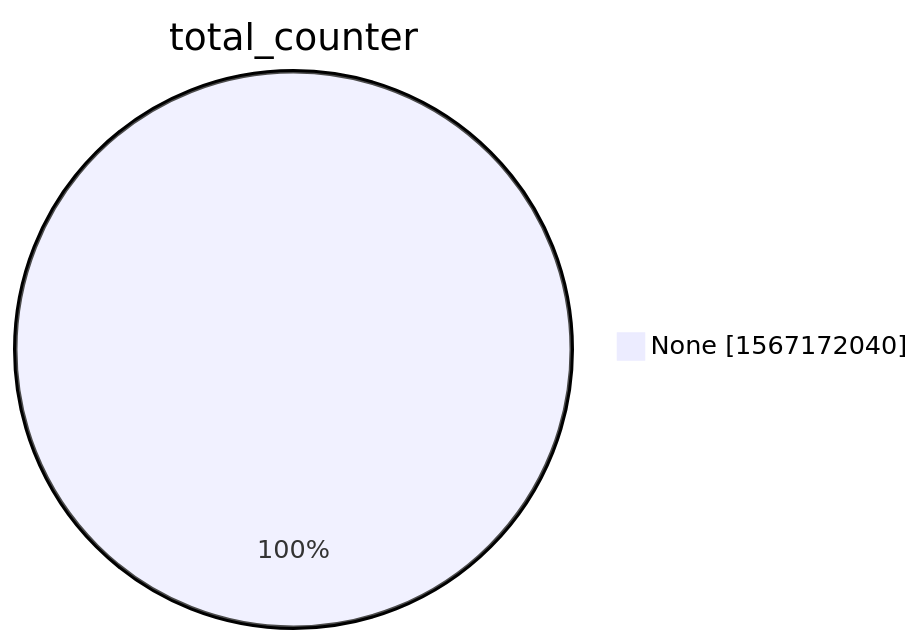
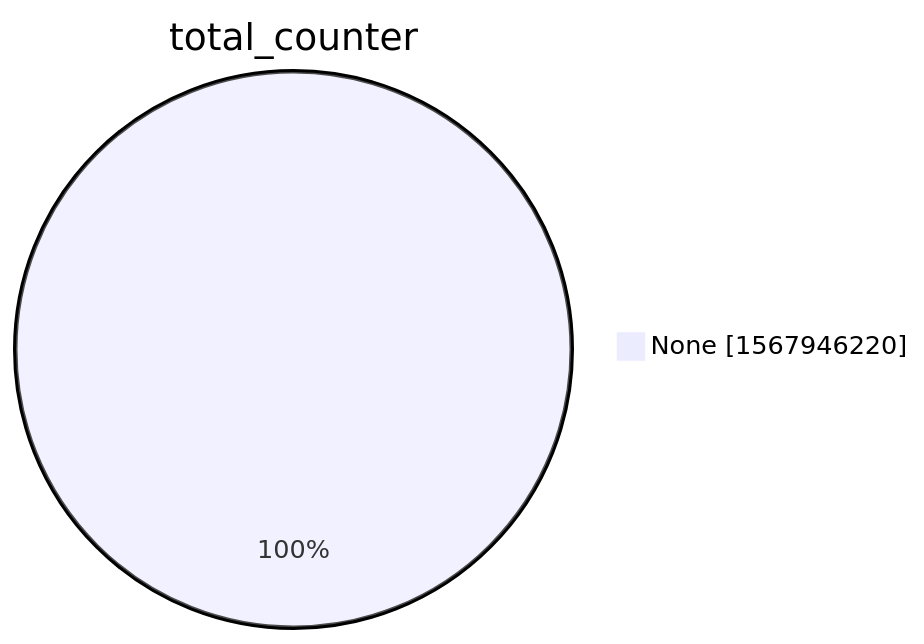
One commit to christiankrug/ctmonitor_visualization changed the second of 15 diagrams in xenon2022/README.md. Above: the diagram before and after it, drawn with Mermaid. The commit also changed other lines of this file, not shown here.

````diff
--- a/xenon2022/README.md
+++ b/xenon2022/README.md
@@ -9,5 +9,5 @@
 ```mermaid
 pie showData
 title total_counter
-"None" :1567172040
+"None" :1567946220
 ```
````
